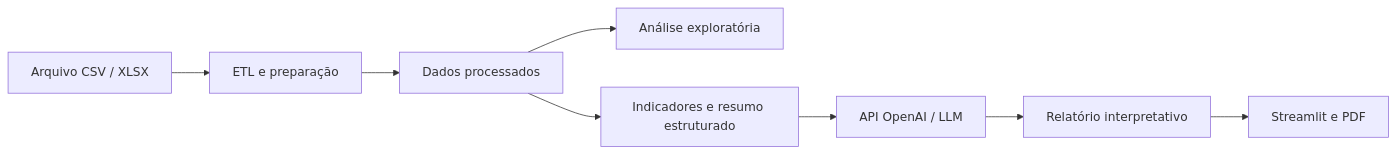
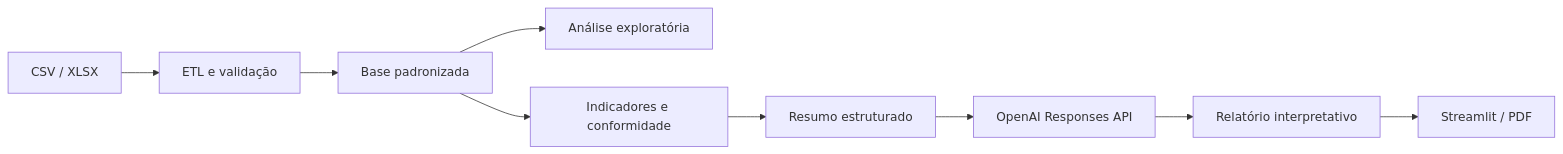
One commit to Koerichj/analise-termica-llm changed the diagram in README.md. Above: the diagram before and after it, drawn with Mermaid. The commit also changed other lines of this file and 7 other files, not shown here.

````diff
--- a/README.md
+++ b/README.md
@@ -24,10 +92,11 @@
 ```mermaid
 flowchart LR
-    A[Arquivo CSV / XLSX] --> B[ETL e preparação]
-    B --> C[Dados processados]
+    A[CSV / XLSX] --> B[ETL e validação]
+    B --> C[Base padronizada]
     C --> D[Análise exploratória]
-    C --> E[Indicadores e resumo estruturado]
-    E --> F[API OpenAI / LLM]
-    F --> G[Relatório interpretativo]
-    G --> H[Streamlit e PDF]
+    C --> E[Indicadores e conformidade]
+    E --> F[Resumo estruturado]
+    F --> G[OpenAI Responses API]
+    G --> H[Relatório interpretativo]
+    H --> I[Streamlit / PDF]
 ```
````
